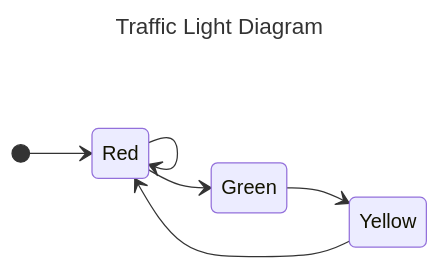
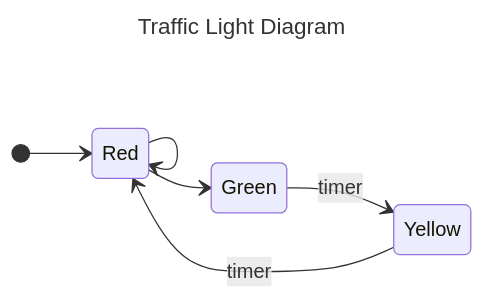
One commit to VinayakFia/Obsidian changed the second of 6 diagrams in COMP3153/System Model - Vinayak Fialok.md. Above: the diagram before and after it, drawn with Mermaid. The commit also changed other lines of this file, not shown here.

````diff
--- a/COMP3153/System Model - Vinayak Fialok.md
+++ b/COMP3153/System Model - Vinayak Fialok.md
@@ -46,12 +46,12 @@
 ```mermaid
 ---
 title: Traffic Light Diagram
 ---
 stateDiagram-v2
 	direction LR
 	[*] --> Red
 	Red --> Red
 	Red --> Green
-	Green --> Yellow
-	Yellow --> Red
+	Green --> Yellow : timer
+	Yellow --> Red : timer
 ```
````
